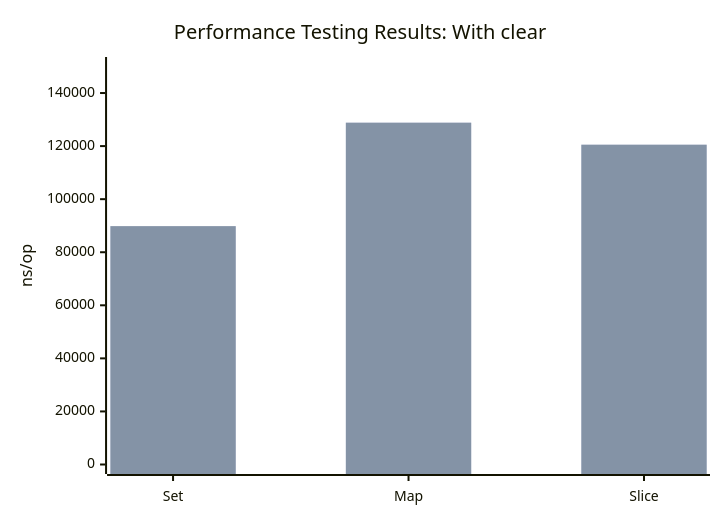
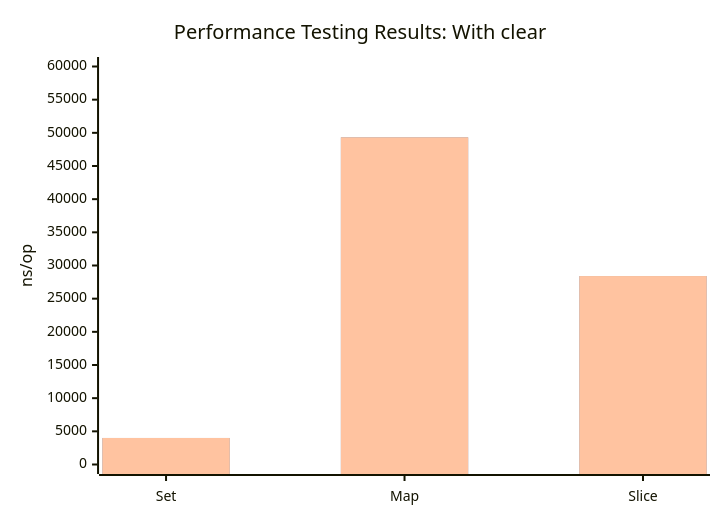
The second of 2 diagrams in pkg/goutils/set/benchmark.md (voedger/voedger), drawn with Mermaid before and after one commit. The commit also changed other lines of this file and 1 other file, not shown here.

Commit message:
test iteration setup and teardown code excluded from benchmark

````diff
--- a/pkg/goutils/set/benchmark.md
+++ b/pkg/goutils/set/benchmark.md
@@ -86,9 +87,10 @@
 ```mermaid
 xychart-beta
   title "Performance Testing Results: With clear"
   x-axis [Set, Map, Slice]
-  y-axis "ns/op" 0 --> 150000
+  y-axis "ns/op" 0 --> 60000
 
-  bar "Benchmark_BasicUsageWithClear" [89835, 128832, 120536]
-  bar "Benchmark_BasicUsageWithClear" [89835, 128832, 120536]
+  bar "1" [3999, 49318, 28409]
+  bar "2" [3999, 49318, 28409]
+  bar "3" [3999, 49318, 28409]
 ```
````
